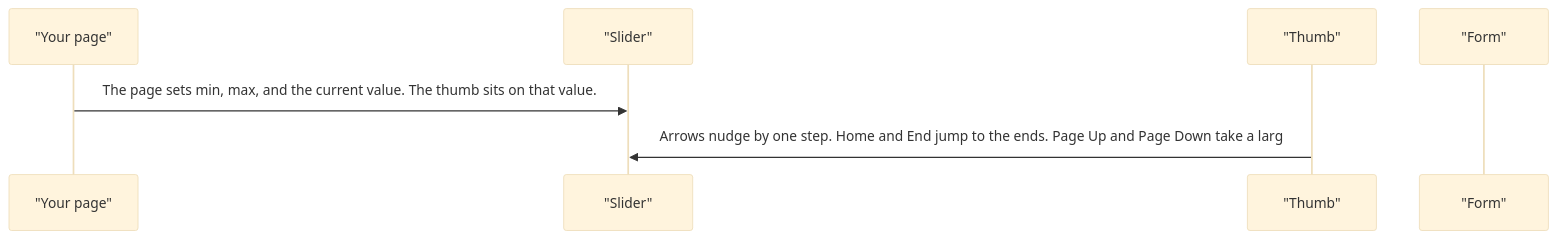
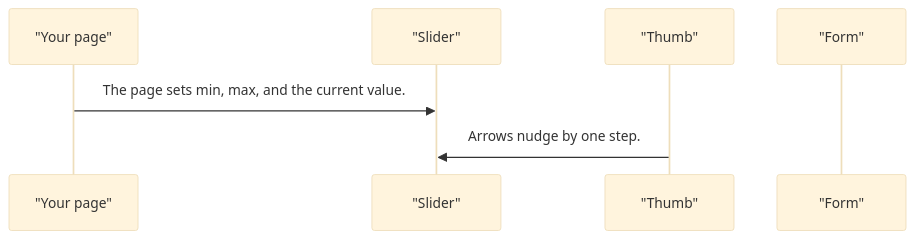
Before and after one commit to RajshekharBorate/pixel-ui: the second of 4 diagrams in projects/pixel-ui/src/lib/pixel-slider/DESIGN.md, drawn with Mermaid (base theme). The commit also changed other lines of this file and 80 other files, not shown here.

Commit message:
Fill missing design flows and correct the stories that did not match component behavior.

````diff
--- a/projects/pixel-ui/src/lib/pixel-slider/DESIGN.md
+++ b/projects/pixel-ui/src/lib/pixel-slider/DESIGN.md
@@ -54,9 +54,9 @@
 ```mermaid
 sequenceDiagram
   participant page as "Your page"
   participant slider as "Slider"
   participant thumb as "Thumb"
   participant form as "Form"
-  page->>slider: The page sets min, max, and the current value. The thumb sits on that value.
-  thumb->>slider: Arrows nudge by one step. Home and End jump to the ends. Page Up and Page Down take a larg
+  page->>slider: The page sets min, max, and the current value.
+  thumb->>slider: Arrows nudge by one step.
 ```
````
